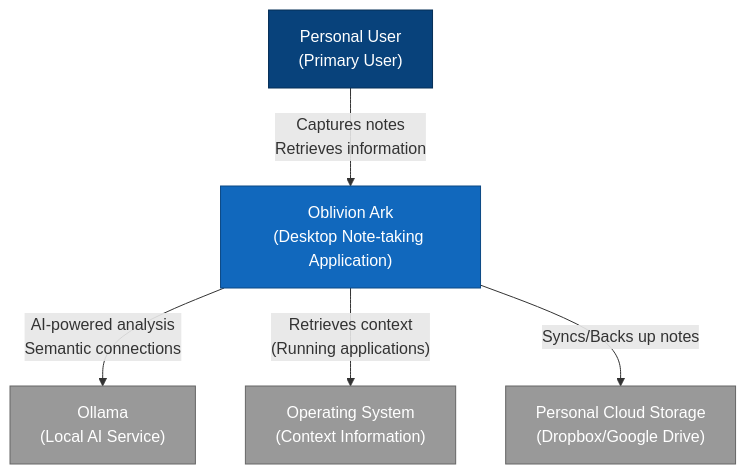
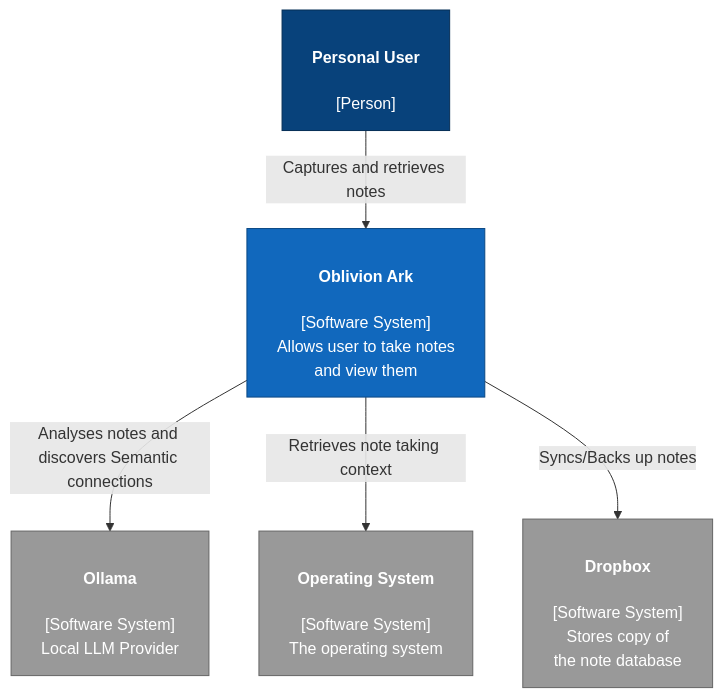
The diagram in docs/01-project-overview.md (kfischer-okarin/oblivion-ark), drawn with Mermaid before and after one commit.

Commit message:
Update system context diagram

````diff
--- a/docs/01-project-overview.md
+++ b/docs/01-project-overview.md
@@ -10,21 +10,21 @@
 ```mermaid
 flowchart TD
-    User["Personal User<br/>(Primary User)"]
-    OblivionArk["Oblivion Ark<br/>(Desktop Note-taking Application)"]
-    Ollama["Ollama<br/>(Local AI Service)"]
-    OS["Operating System<br/>(Context Information)"]
-    CloudStorage["Personal Cloud Storage<br/>(Dropbox/Google Drive)"]
+    User["<h4>Personal User</h4>[Person]"]
+    OblivionArk["<h4>Oblivion Ark</h4>[Software System]<br/>Allows user to take notes<br/>and view them"]
+    Ollama["<h4>Ollama</h4>[Software System]<br/>Local LLM Provider"]
+    OS["<h4>Operating System</h4>[Software System]<br/>The operating system"]
+    CloudStorage["<h4>Dropbox</h4>[Software System]<br/>Stores copy of<br/>the note database"]
 
-    User --"Captures notes<br/>Retrieves information"--> OblivionArk
-    OblivionArk --"AI-powered analysis<br/>Semantic connections"--> Ollama
-    OblivionArk --"Retrieves context<br/>(Running applications)"--> OS
+    User --"Captures and retrieves notes"--> OblivionArk
+    OblivionArk --"Analyses notes and discovers Semantic connections"--> Ollama
+    OblivionArk --"Retrieves note taking context"--> OS
     OblivionArk --"Syncs/Backs up notes"--> CloudStorage
 
     classDef system fill:#1168bd,stroke:#0b4884,color:white
     classDef external fill:#999999,stroke:#666666,color:white
     classDef user fill:#08427b,stroke:#052E56,color:white
 
     class OblivionArk system
     class Ollama,OS,CloudStorage external
     class User user
 ```
````
